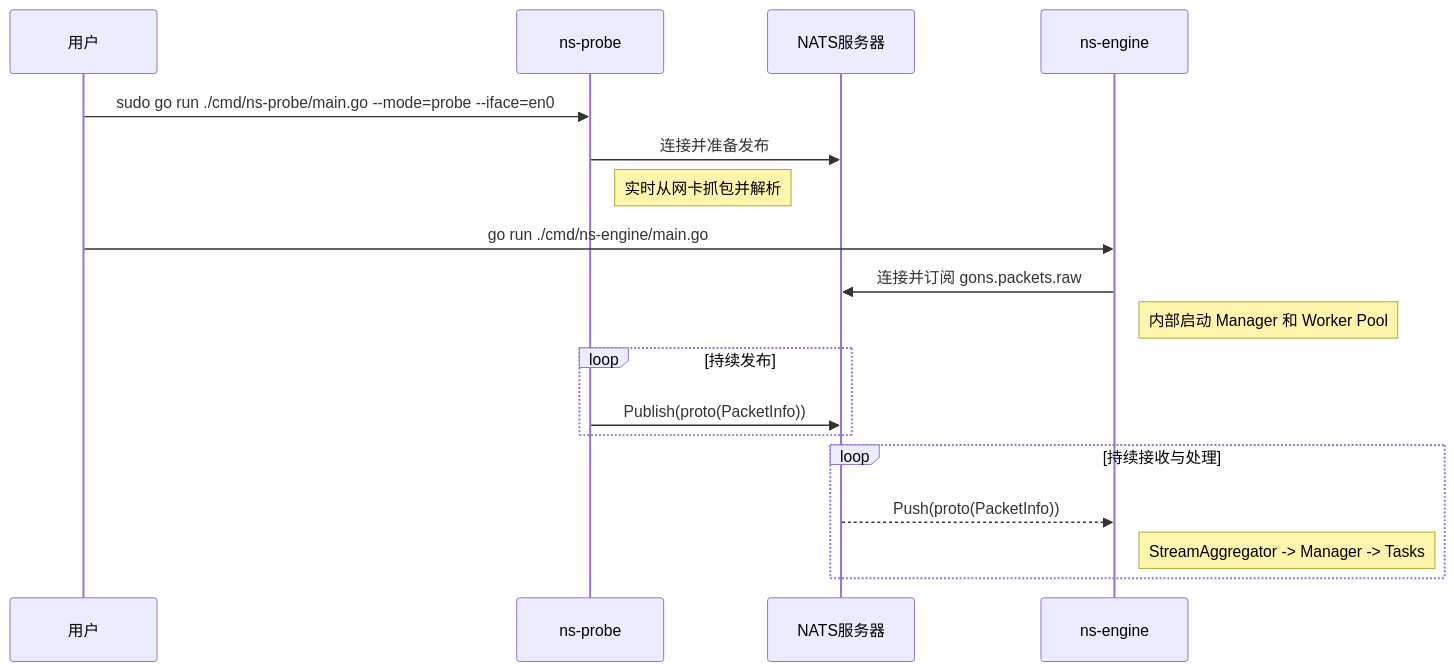
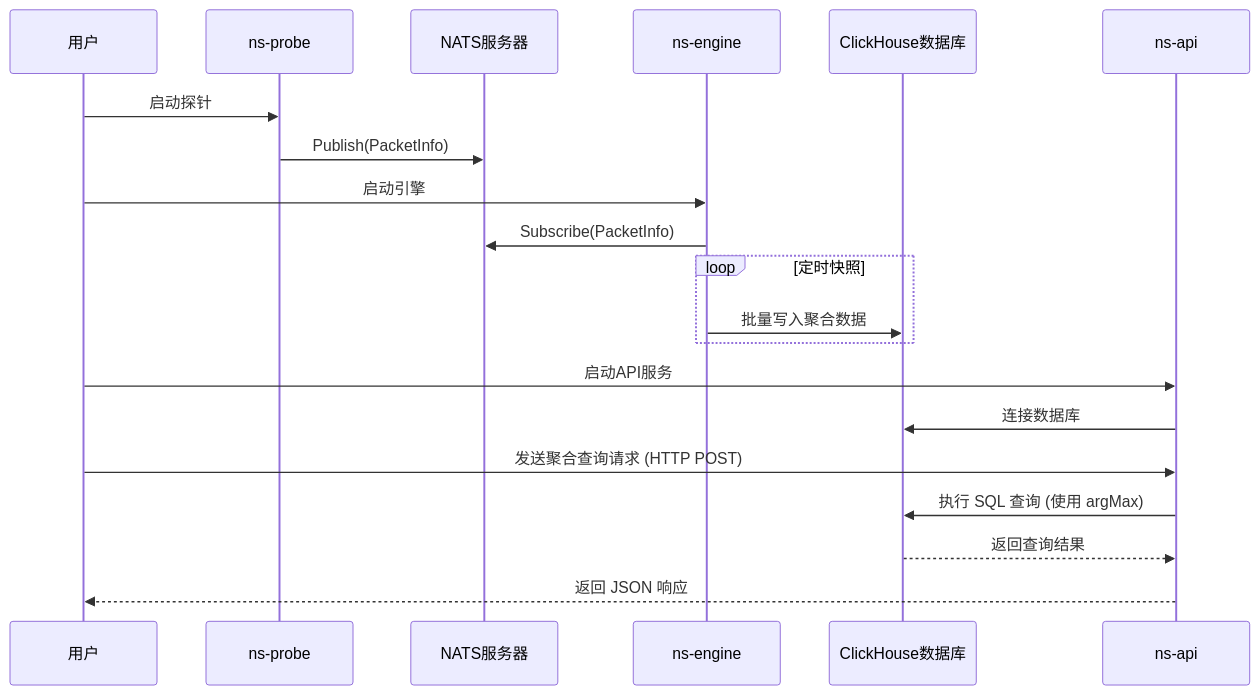
Before and after one commit to Decade-qiu/Go2NetSpectra: the third of 3 diagrams in doc/technology.md, drawn with Mermaid. The commit also changed other lines of this file and 1 other file, not shown here.

Commit message:
:memo: docs: update project plan and architecture for recent changes

````diff
--- a/doc/technology.md
+++ b/doc/technology.md
@@ -201,24 +212,26 @@
 ```mermaid
 sequenceDiagram
     participant User as 用户
     participant Probe as ns-probe
     participant NATS as NATS服务器
     participant Engine as ns-engine
+    participant ClickHouse as ClickHouse数据库
+    participant API as ns-api
 
-    User->>Probe: sudo go run ./cmd/ns-probe/main.go --mode=probe --iface=en0
-    Probe->>NATS: 连接并准备发布
-    note right of Probe: 实时从网卡抓包并解析
+    User->>Probe: 启动探针
+    Probe->>NATS: Publish(PacketInfo)
 
-    User->>Engine: go run ./cmd/ns-engine/main.go
-    Engine->>NATS: 连接并订阅 gons.packets.raw
-    note right of Engine: 内部启动 Manager 和 Worker Pool
-
-    loop 持续发布
-        Probe->>NATS: Publish(proto(PacketInfo))
+    User->>Engine: 启动引擎
+    Engine->>NATS: Subscribe(PacketInfo)
+    loop 定时快照
+        Engine->>ClickHouse: 批量写入聚合数据
     end
 
-    loop 持续接收与处理
-        NATS-->>Engine: Push(proto(PacketInfo))
-        note right of Engine: StreamAggregator -> Manager -> Tasks
-    end
+    User->>API: 启动API服务
+    API->>ClickHouse: 连接数据库
+
+    User->>API: 发送聚合查询请求 (HTTP POST)
+    API->>ClickHouse: 执行 SQL 查询 (使用 argMax)
+    ClickHouse-->>API: 返回查询结果
+    API-->>User: 返回 JSON 响应
 ```
````
